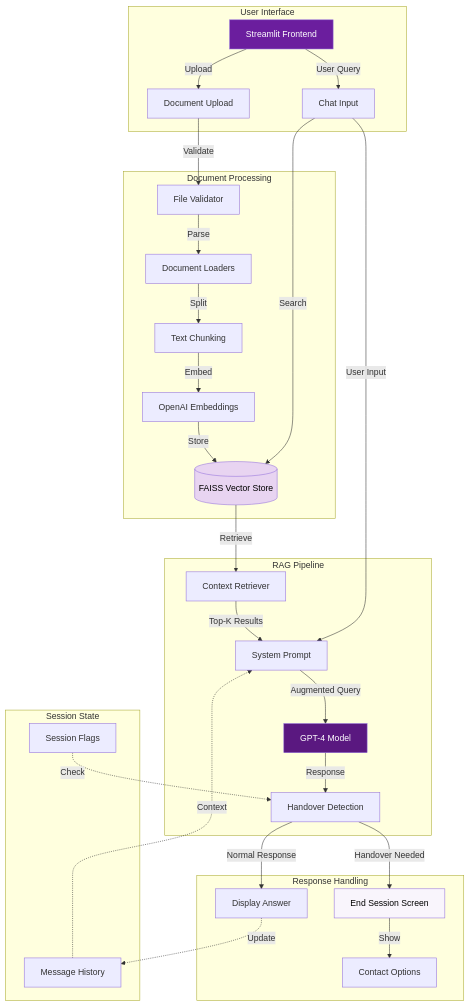
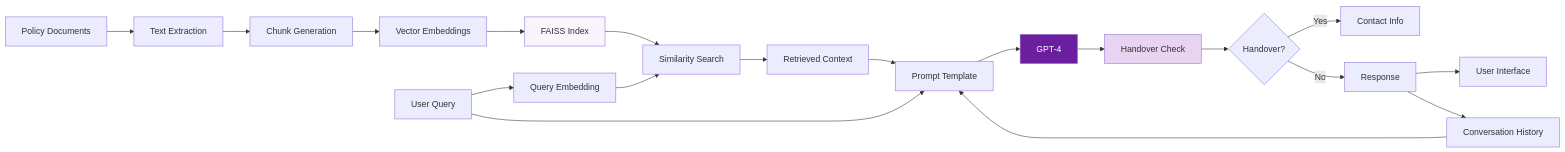
One commit to Kayanja2023/RAG-HOLLARD-AI-POLICY-ASSISTANT changed the third of 3 diagrams in README.md. Above: the diagram before and after it, drawn with Mermaid. The commit also changed other lines of this file and 1 other file, not shown here.

````diff
--- a/README.md
+++ b/README.md
@@ -53,41 +188,26 @@
 ```mermaid
-graph TB
-    subgraph "User Interface"
-        A[Streamlit Frontend] -->|User Query| B[Chat Input]
-        A -->|Upload| C[Document Upload]
-    end
+flowchart LR
+    A[Policy Documents] --> B[Text Extraction]
+    B --> C[Chunk Generation]
+    C --> D[Vector Embeddings]
+    D --> E[FAISS Index]
     
-    subgraph "Document Processing"
-        C -->|Validate| D[File Validator]
-        D -->|Parse| E[Document Loaders]
-        E -->|Split| F[Text Chunking]
-        F -->|Embed| G[OpenAI Embeddings]
-        G -->|Store| H[(FAISS Vector Store)]
-    end
+    F[User Query] --> G[Query Embedding]
+    G --> H[Similarity Search]
+    E --> H
+    H --> I[Retrieved Context]
+    I --> J[Prompt Template]
+    F --> J
+    K[Conversation History] --> J
+    J --> L[GPT-4]
+    L --> M[Handover Check]
+    M --> N{Handover?}
+    N -->|Yes| O[Contact Info]
+    N -->|No| P[Response]
+    P --> Q[User Interface]
+    P --> K
     
-    subgraph "RAG Pipeline"
-        B -->|Search| H
-        H -->|Retrieve| I[Context Retriever]
-        I -->|Top-K Results| J[System Prompt]
-        B -->|User Input| J
-        J -->|Augmented Query| K[GPT-4 Model]
-        K -->|Response| L[Handover Detection]
-    end
-    
-    subgraph "Response Handling"
-        L -->|Normal Response| M[Display Answer]
-        L -->|Handover Needed| N[End Session Screen]
-        N -->|Show| O[Contact Options]
-    end
-    
-    subgraph "Session State"
-        P[Message History] -.->|Context| J
-        M -.->|Update| P
-        Q[Session Flags] -.->|Check| L
-    end
-    
-    style A fill:#6B1E9E,color:#fff
-    style H fill:#E8D4F1,color:#000
-    style K fill:#5A1880,color:#fff
-    style N fill:#F9F5FC,color:#000
+    style E fill:#F9F5FC
+    style L fill:#6B1E9E,color:#fff
+    style M fill:#E8D4F1
 ```
````
